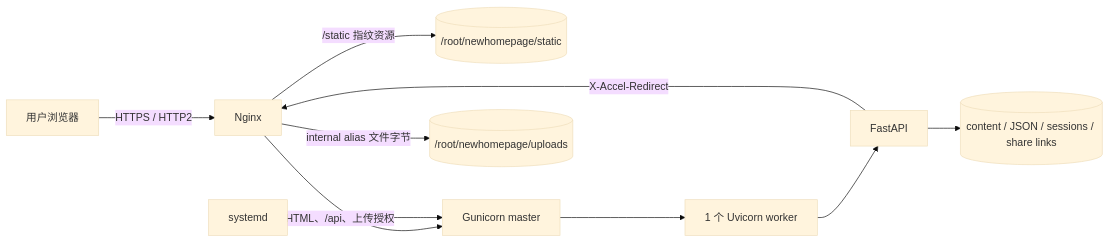
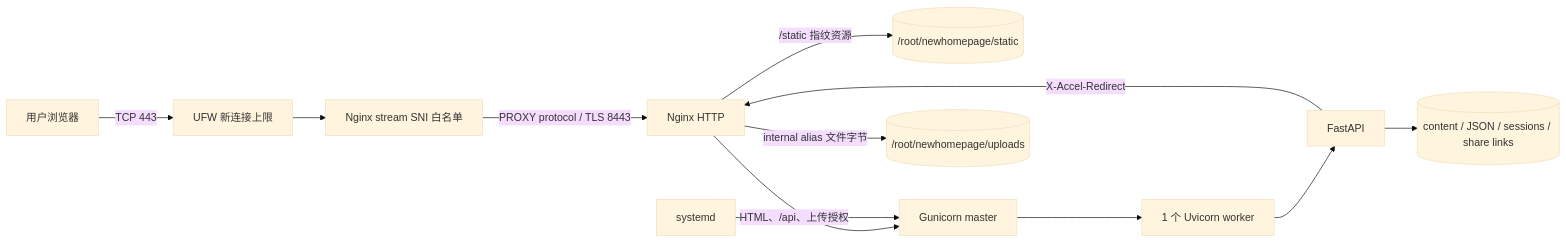
The diagram in docs/DEPLOYMENT.md (ForeverHYX/Homepage), drawn with Mermaid (base theme) before and after one commit. The commit also changed other lines of this file and 4 other files, not shown here.

````diff
--- a/docs/DEPLOYMENT.md
+++ b/docs/DEPLOYMENT.md
@@ -7,12 +7,14 @@
 ```mermaid
 flowchart LR
-    User[用户浏览器] -->|HTTPS / HTTP2| Nginx[Nginx]
+    User[用户浏览器] -->|TCP 443| UFW[UFW 新连接上限]
+    UFW --> Gate[Nginx stream SNI 白名单]
+    Gate -->|PROXY protocol / TLS 8443| Nginx[Nginx HTTP]
     Nginx -->|/static 指纹资源| Static[(/root/newhomepage/static)]
     Nginx -->|HTML、/api、上传授权| Gunicorn[Gunicorn master]
     Gunicorn --> Worker[1 个 Uvicorn worker]
     Worker --> App[FastAPI]
     App -->|X-Accel-Redirect| Nginx
     Nginx -->|internal alias 文件字节| Uploads[(/root/newhomepage/uploads)]
     App --> Content[(content / JSON / sessions / share links)]
     Systemd[systemd] --> Gunicorn
 ```
````
